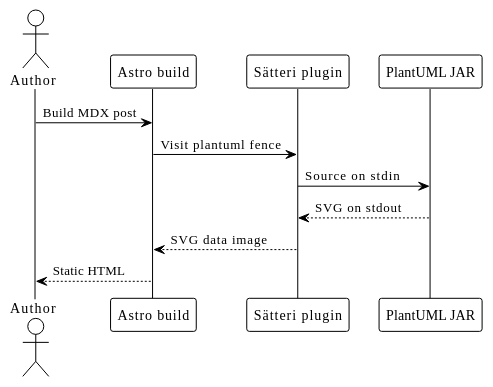
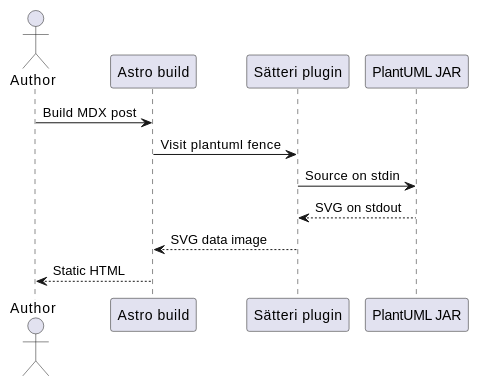
The diagram in src/content/posts/examples/render-plantuml-diagrams-in-astro.mdx (imochoa/astro-blog), drawn with PlantUML before and after one commit. The commit also changed other lines of this file and 33 other files, not shown here.

````diff
--- a/src/content/posts/examples/render-plantuml-diagrams-in-astro.mdx
+++ b/src/content/posts/examples/render-plantuml-diagrams-in-astro.mdx
@@ -19,16 +19,15 @@
 ```plantuml alt="Sequence diagram of Astro sending diagram source to the local PlantUML process and receiving SVG"
 @startuml
-!theme plain
 actor Author
 participant "Astro build" as Astro
 participant "Sätteri plugin" as Plugin
 participant "PlantUML JAR" as PlantUML
 
 Author -> Astro: Build MDX post
 Astro -> Plugin: Visit plantuml fence
 Plugin -> PlantUML: Source on stdin
 PlantUML --> Plugin: SVG on stdout
 Plugin --> Astro: SVG data image
 Astro --> Author: Static HTML
 @enduml
 ```
````
